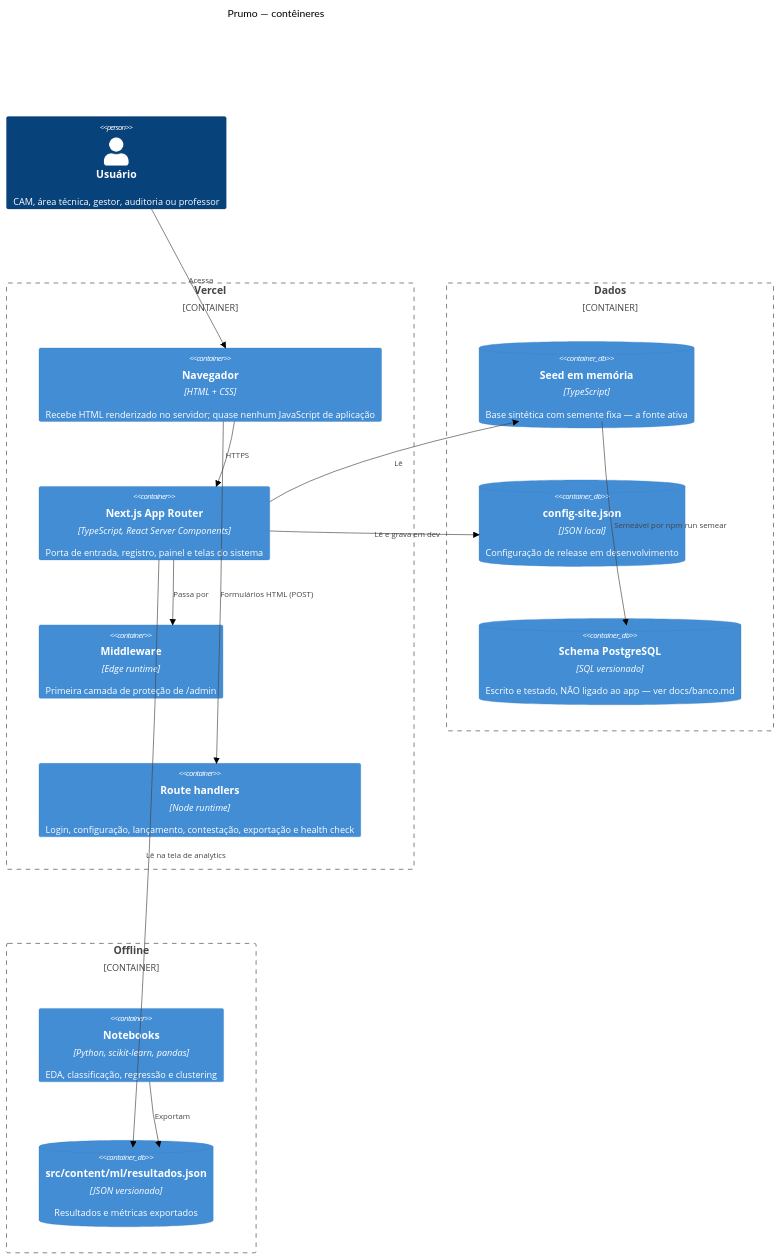
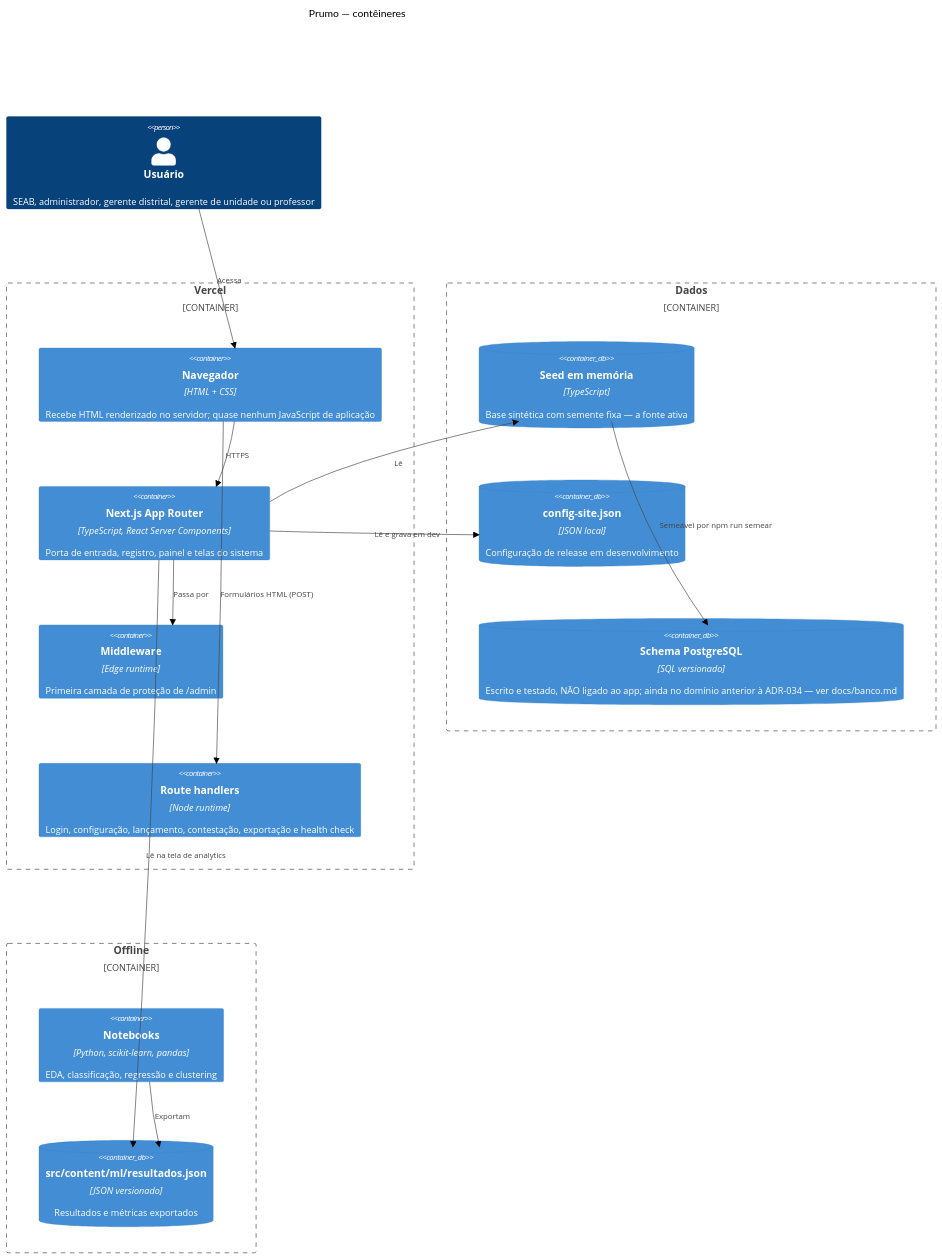
One commit to highgroundagency/projeto-6 changed the second of 3 diagrams in docs/arquitetura.md. Above: the diagram before and after it, drawn with Mermaid (neutral theme). The commit also changed other lines of this file and 9 other files, not shown here.

First line of the commit message:
Documenta a remodelagem: ADR-034, auditoria, C4 e artefatos derivados

````diff
--- a/docs/arquitetura.md
+++ b/docs/arquitetura.md
@@ -29,33 +31,33 @@
 ```mermaid
 C4Container
   title Prumo — contêineres
-  Person(usuario, "Usuário", "CAM, área técnica, gestor, auditoria ou professor")
+  Person(usuario, "Usuário", "SEAB, administrador, gerente distrital, gerente de unidade ou professor")
 
   Container_Boundary(vercel, "Vercel") {
     Container(browser, "Navegador", "HTML + CSS", "Recebe HTML renderizado no servidor; quase nenhum JavaScript de aplicação")
     Container(app, "Next.js App Router", "TypeScript, React Server Components", "Porta de entrada, registro, painel e telas do sistema")
     Container(middleware, "Middleware", "Edge runtime", "Primeira camada de proteção de /admin")
     Container(rotas, "Route handlers", "Node runtime", "Login, configuração, lançamento, contestação, exportação e health check")
   }
 
   Container_Boundary(dados, "Dados") {
     ContainerDb(seed, "Seed em memória", "TypeScript", "Base sintética com semente fixa — a fonte ativa")
     ContainerDb(arquivo, "config-site.json", "JSON local", "Configuração de release em desenvolvimento")
-    ContainerDb(schema, "Schema PostgreSQL", "SQL versionado", "Escrito e testado, NÃO ligado ao app — ver docs/banco.md")
+    ContainerDb(schema, "Schema PostgreSQL", "SQL versionado", "Escrito e testado, NÃO ligado ao app; ainda no domínio anterior à ADR-034 — ver docs/banco.md")
   }
 
   Container_Boundary(offline, "Offline") {
     Container(notebooks, "Notebooks", "Python, scikit-learn, pandas", "EDA, classificação, regressão e clustering")
     ContainerDb(artefatos, "src/content/ml/resultados.json", "JSON versionado", "Resultados e métricas exportados")
   }
 
   Rel(usuario, browser, "Acessa")
   Rel(browser, app, "HTTPS")
   Rel(app, middleware, "Passa por")
   Rel(browser, rotas, "Formulários HTML (POST)")
   Rel(app, seed, "Lê")
   Rel(app, arquivo, "Lê e grava em dev")
   Rel(seed, schema, "Semeável por npm run semear")
   Rel(notebooks, artefatos, "Exportam")
   Rel(app, artefatos, "Lê na tela de analytics")
 ```
````
